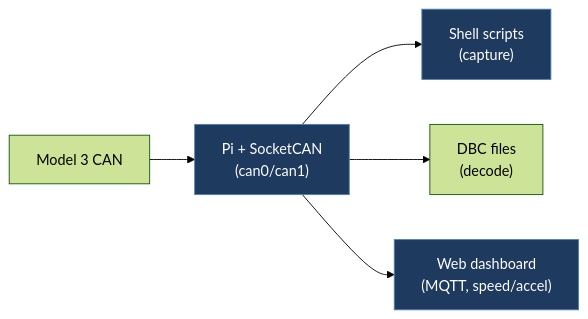
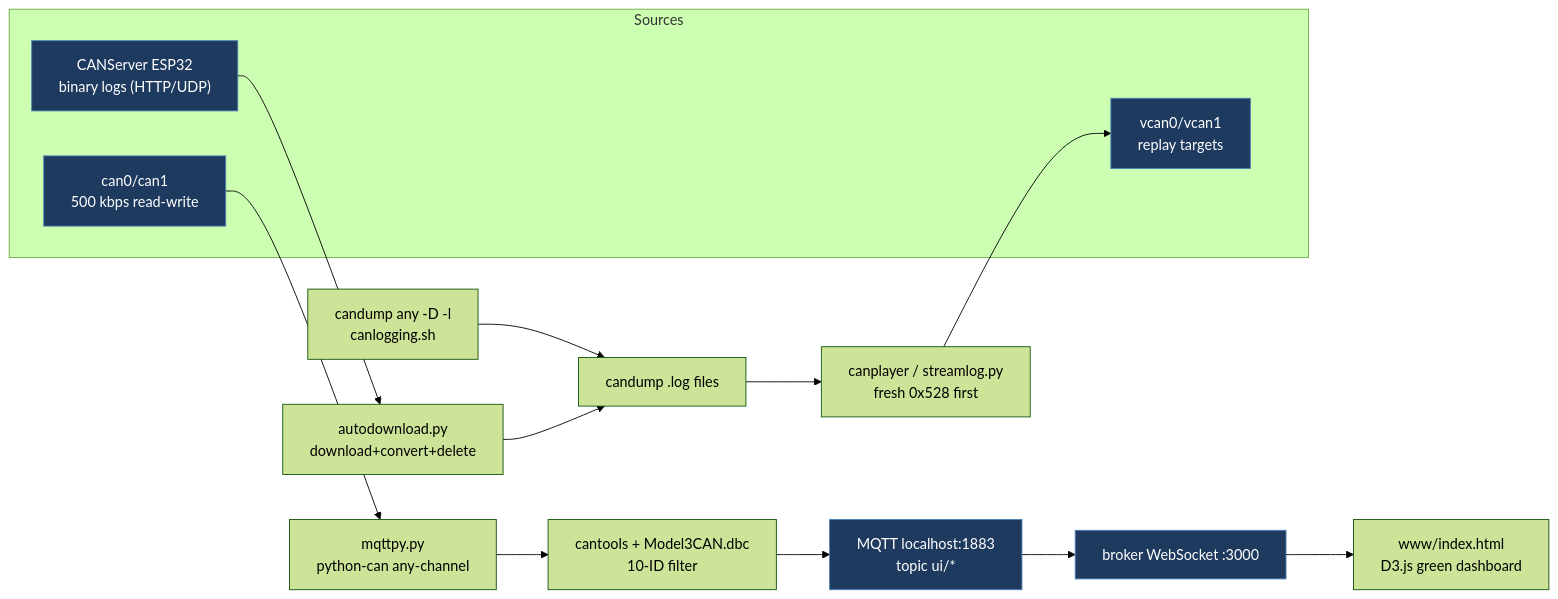
One commit to babico/TeslaCANModder changed the first of 2 diagrams in docs/legacy/MatthewDriver-TeslaCAN.md. Above: the diagram before and after it, drawn with Mermaid (forest theme). The commit also changed other lines of this file and 99 other files, not shown here.

````diff
--- a/docs/legacy/MatthewDriver-TeslaCAN.md
+++ b/docs/legacy/MatthewDriver-TeslaCAN.md
@@ -19,9 +96,20 @@
 ```mermaid
 flowchart LR
-    Car["Model 3 CAN"] --> Pi["Pi + SocketCAN<br/>(can0/can1)"]
-    Pi --> Log["Shell scripts<br/>(capture)"]
-    Pi --> DBC["DBC files<br/>(decode)"]
-    Pi --> Dash["Web dashboard<br/>(MQTT, speed/accel)"]
-    classDef path fill:#1e3a5f,stroke:#4a7fb5,color:#fff
-    class Pi,Log,Dash path
+    subgraph Sources
+        CAN0["can0/can1<br/>500 kbps read-write"]
+        VCAN["vcan0/vcan1<br/>replay targets"]
+        CS["CANServer ESP32<br/>binary logs (HTTP/UDP)"]
+    end
+    Capture["candump any -D -l<br/>canlogging.sh"] --> Logs["candump .log files"]
+    CS --> Auto["autodownload.py<br/>download+convert+delete"]
+    Auto --> Logs
+    Logs --> Player["canplayer / streamlog.py<br/>fresh 0x528 first"]
+    Player --> VCAN
+    CAN0 --> Pycan["mqttpy.py<br/>python-can any-channel"]
+    Pycan --> Decode["cantools + Model3CAN.dbc<br/>10-ID filter"]
+    Decode --> MQTT["MQTT localhost:1883<br/>topic ui/*"]
+    MQTT --> WS["broker WebSocket :3000"]
+    WS --> Dash["www/index.html<br/>D3.js green dashboard"]
+    classDef transport fill:#1e3a5f,stroke:#4a7fb5,color:#fff
+    class CAN0,VCAN,CS,MQTT,WS transport
 ```
````
